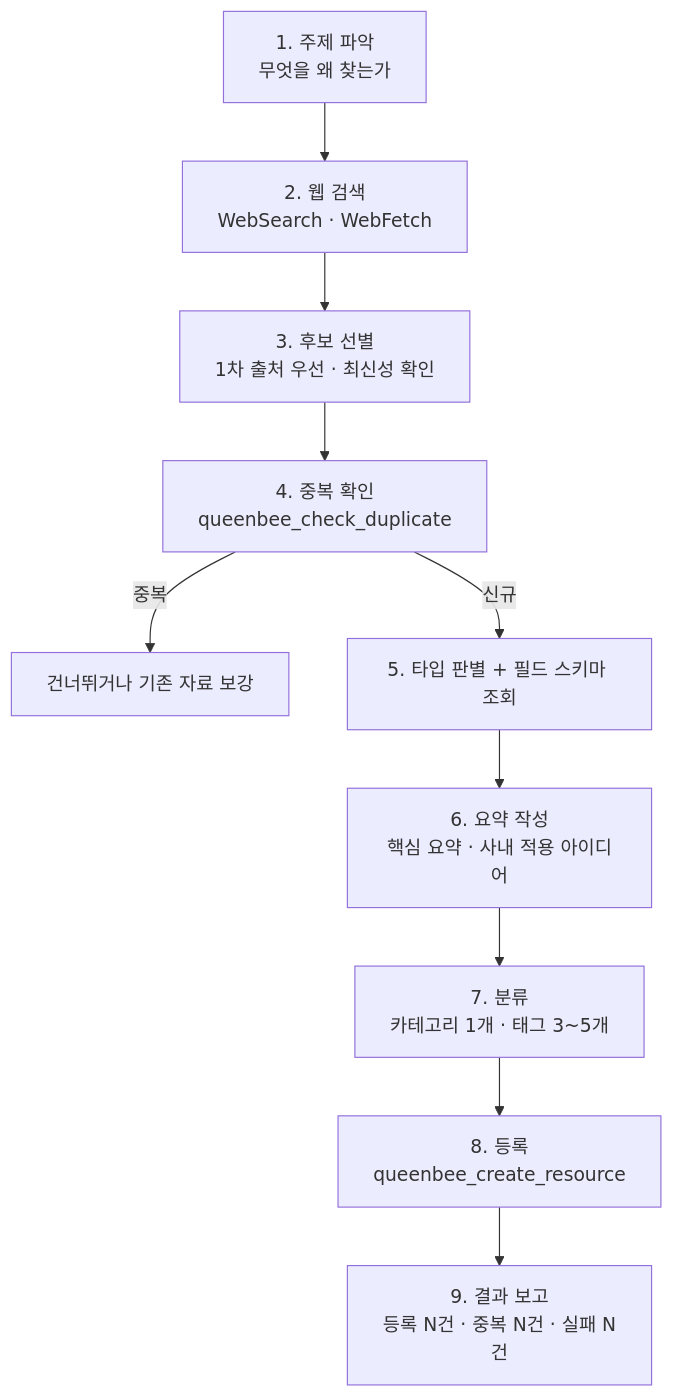
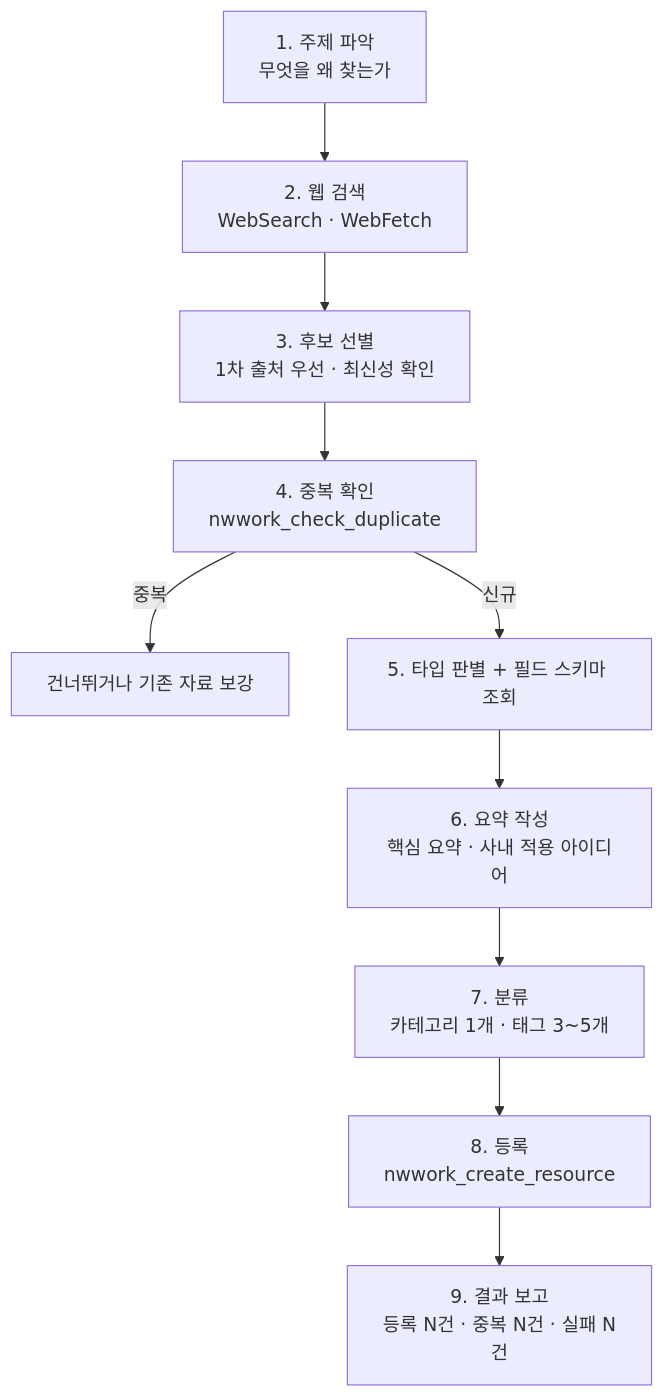
The second of 3 diagrams in _docs/02.개발설계/08_자료수집_파이프라인.md (anerjin/private_project_myteam), drawn with Mermaid before and after one commit. The commit also changed other lines of this file and 86 other files, not shown here.

````diff
--- a/_docs/02.개발설계/08_자료수집_파이프라인.md
+++ b/_docs/02.개발설계/08_자료수집_파이프라인.md
@@ -194,12 +194,12 @@
 ```mermaid
 flowchart TD
     A["1. 주제 파악<br/>무엇을 왜 찾는가"] --> B["2. 웹 검색<br/>WebSearch · WebFetch"]
     B --> C["3. 후보 선별<br/>1차 출처 우선 · 최신성 확인"]
-    C --> D["4. 중복 확인<br/>queenbee_check_duplicate"]
+    C --> D["4. 중복 확인<br/>nwwork_check_duplicate"]
     D -->|중복| E["건너뛰거나 기존 자료 보강"]
     D -->|신규| F["5. 타입 판별 + 필드 스키마 조회"]
     F --> G["6. 요약 작성<br/>핵심 요약 · 사내 적용 아이디어"]
     G --> H["7. 분류<br/>카테고리 1개 · 태그 3~5개"]
-    H --> I["8. 등록<br/>queenbee_create_resource"]
+    H --> I["8. 등록<br/>nwwork_create_resource"]
     I --> J["9. 결과 보고<br/>등록 N건 · 중복 N건 · 실패 N건"]
 ```
````
